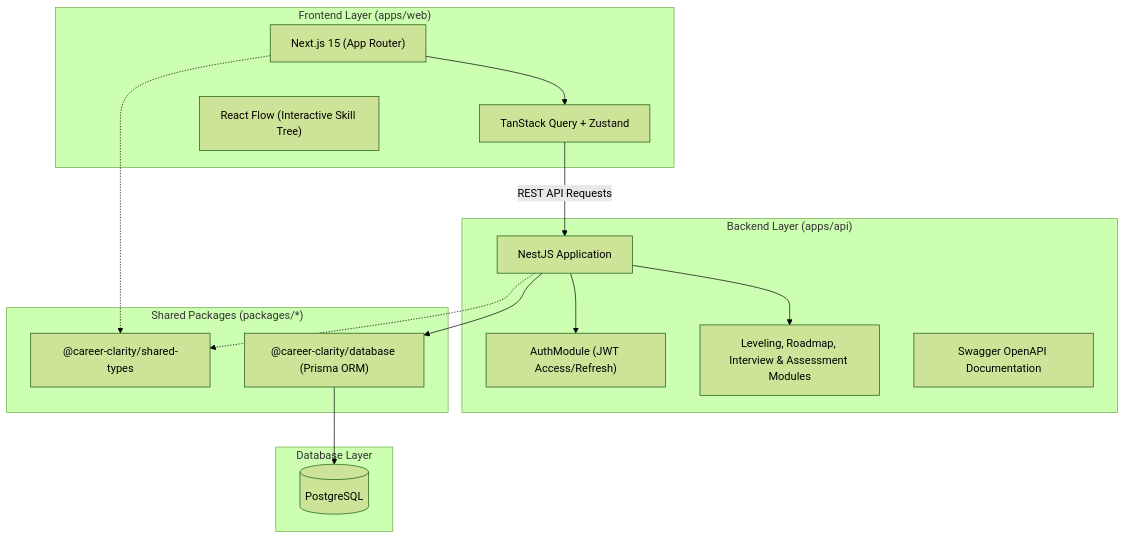
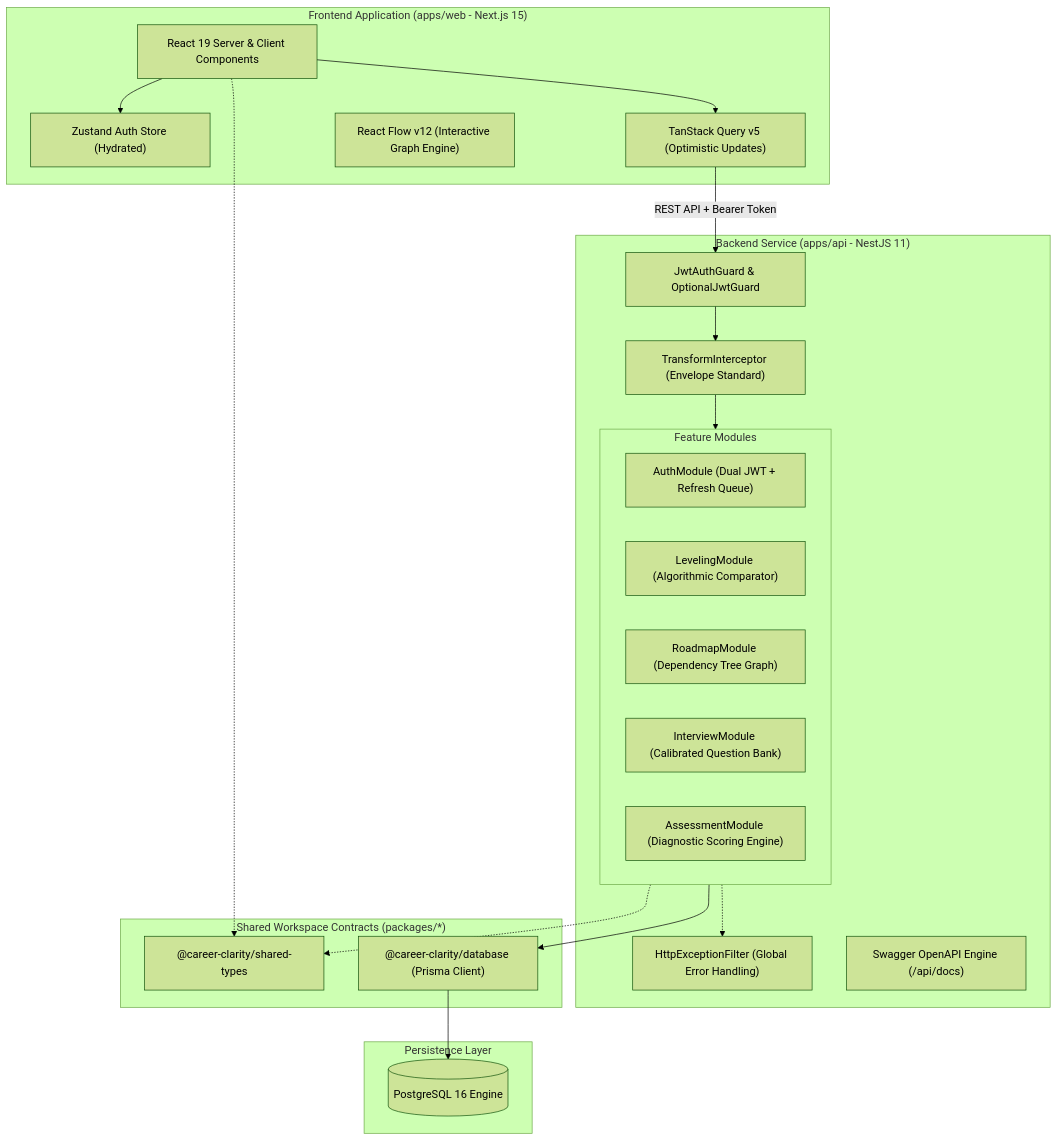
The diagram in README.md (abdulatifmirzaev/career-clarity), drawn with Mermaid (forest theme) before and after one commit. The commit also changed other lines of this file and 8 other files, not shown here.

````diff
--- a/README.md
+++ b/README.md
@@ -47,33 +71,45 @@
 ```mermaid
 flowchart TD
-    subgraph Client["Frontend Layer (apps/web)"]
-        UI["Next.js 15 (App Router)"]
-        State["TanStack Query + Zustand"]
-        Flow["React Flow (Interactive Skill Tree)"]
+    subgraph Client["Frontend Application (apps/web - Next.js 15)"]
+        UI["React 19 Server & Client Components"]
+        State["Zustand Auth Store (Hydrated)"]
+        Query["TanStack Query v5 (Optimistic Updates)"]
+        Graph["React Flow v12 (Interactive Graph Engine)"]
     end
 
-    subgraph API["Backend Layer (apps/api)"]
-        Nest["NestJS Application"]
-        Auth["AuthModule (JWT Access/Refresh)"]
-        Modules["Leveling, Roadmap, Interview & Assessment Modules"]
-        Swagger["Swagger OpenAPI Documentation"]
+    subgraph API["Backend Service (apps/api - NestJS 11)"]
+        Guards["JwtAuthGuard & OptionalJwtGuard"]
+        Interceptor["TransformInterceptor (Envelope Standard)"]
+        Filter["HttpExceptionFilter (Global Error Handling)"]
+
+        subgraph Modules["Feature Modules"]
+            AuthMod["AuthModule (Dual JWT + Refresh Queue)"]
+            LevelMod["LevelingModule (Algorithmic Comparator)"]
+            RoadmapMod["RoadmapModule (Dependency Tree Graph)"]
+            InterviewMod["InterviewModule (Calibrated Question Bank)"]
+            AssessMod["AssessmentModule (Diagnostic Scoring Engine)"]
+        end
+
+        Swagger["Swagger OpenAPI Engine (/api/docs)"]
     end
 
-    subgraph Core["Shared Packages (packages/*)"]
+    subgraph Core["Shared Workspace Contracts (packages/*)"]
         Types["@career-clarity/shared-types"]
-        DB["@career-clarity/database (Prisma ORM)"]
+        DBPkg["@career-clarity/database (Prisma Client)"]
     end
 
-    subgraph Storage["Database Layer"]
-        Postgres[(PostgreSQL)]
+    subgraph Storage["Persistence Layer"]
+        Postgres[(PostgreSQL 16 Engine)]
     end
 
+    UI --> Query
     UI --> State
-    State -->|REST API Requests| Nest
-    Nest --> Auth
-    Nest --> Modules
-    Nest --> DB
-    DB --> Postgres
+    Query -->|REST API + Bearer Token| Guards
+    Guards --> Interceptor
+    Interceptor --> Modules
+    Modules --> DBPkg
+    DBPkg --> Postgres
+    Modules -.-> Filter
     UI -.-> Types
-    Nest -.-> Types
+    Modules -.-> Types
 ```
````
